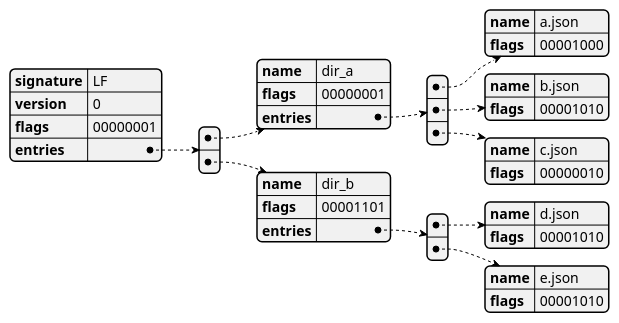
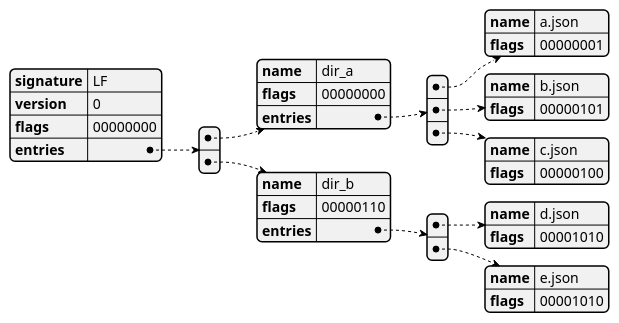
Before and after one commit to acc15/lf: the second of 2 diagrams in doc/index-format.md, drawn with PlantUML. The commit also changed other lines of this file and 3 other files, not shown here.

````diff
--- a/doc/index-format.md
+++ b/doc/index-format.md
@@ -23,25 +23,25 @@
 ```plantuml
 @startyaml
 signature: LF
 version: 0
-flags: 00000001
+flags: 00000000
 entries:
   - name: dir_a
-    flags: 00000001
+    flags: 00000000
     entries:
       - name: a.json
-        flags: 00001000
+        flags: 00000001
       - name: b.json
-        flags: 00001010
+        flags: 00000101
       - name: c.json
-        flags: 00000010
+        flags: 00000100
   - name: dir_b
-    flags: 00001101
+    flags: 00000110
     entries:
       - name: d.json
         flags: 00001010
       - name: e.json
         flags: 00001010
 
 @endyaml
 ```
````
